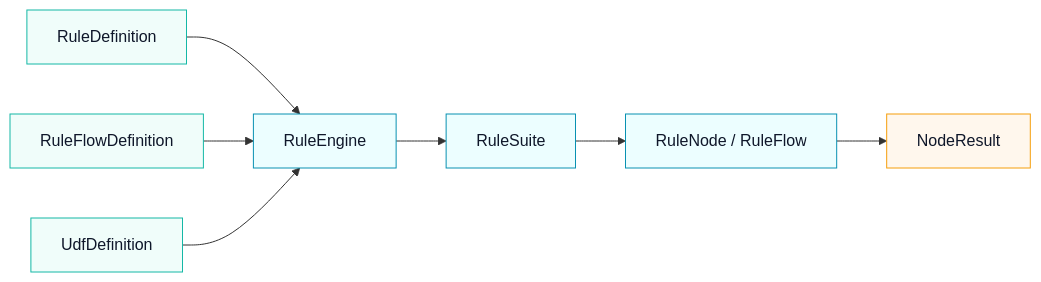
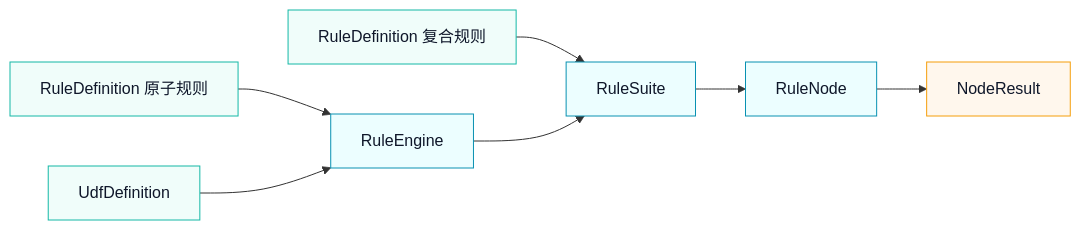
Before and after one commit to nianien/mosika: the second of 2 diagrams in readme.md, drawn with Mermaid. The commit also changed other lines of this file and 81 other files, not shown here.

````diff
--- a/readme.md
+++ b/readme.md
@@ -161,16 +161,16 @@
 ```mermaid
 flowchart LR
-    RD[RuleDefinition] --> RE[RuleEngine]
-    FD[RuleFlowDefinition] --> RE
+    AR[RuleDefinition 原子规则] --> RE[RuleEngine]
+    CR[RuleDefinition 复合规则] --> RS[RuleSuite]
     UD[UdfDefinition] --> RE
     RE --> RS[RuleSuite]
-    RS --> RN[RuleNode / RuleFlow]
+    RS --> RN[RuleNode]
     RN --> NR[NodeResult]
 
     classDef source fill:#f0fdfa,stroke:#14b8a6,color:#0f172a;
     classDef engine fill:#ecfeff,stroke:#0891b2,color:#0f172a;
     classDef result fill:#fff7ed,stroke:#f59e0b,color:#0f172a;
-    class RD,FD,UD source;
+    class AR,CR,UD source;
     class RE,RS,RN engine;
     class NR result;
 ```
````
